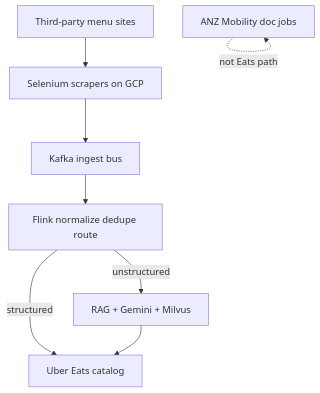
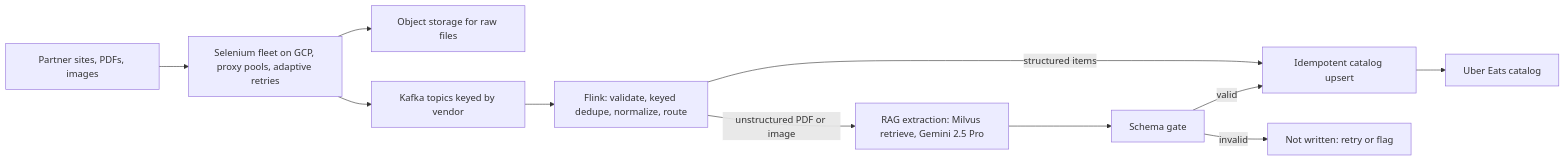
The first of 2 diagrams in final_pygo_ai/campaign_extras/interview_prep/architecture/03_uber_menu.md (TM-DEV-PRO/final-resume), drawn with Mermaid before and after one commit. The commit also changed other lines of this file and 617 other files, not shown here.

````diff
--- a/final_pygo_ai/campaign_extras/interview_prep/architecture/03_uber_menu.md
+++ b/final_pygo_ai/campaign_extras/interview_prep/architecture/03_uber_menu.md
@@ -63,15 +52,24 @@
 ```mermaid
-flowchart TB
-  SRC[Third-party menu sites]
-  SEL[Selenium scrapers on GCP]
-  KF[Kafka ingest bus]
-  FL[Flink normalize dedupe route]
-  RAG[RAG + Gemini + Milvus]
-  CAT[Uber Eats catalog]
-  ANZ[ANZ Mobility doc jobs]
+flowchart LR
+  SRC["Partner sites, PDFs, images"]
+  SEL["Selenium fleet on GCP, proxy pools, adaptive retries"]
+  RAW["Object storage for raw files"]
+  KF["Kafka topics keyed by vendor"]
+  FL["Flink: validate, keyed dedupe, normalize, route"]
+  RAG["RAG extraction: Milvus retrieve, Gemini 2.5 Pro"]
+  GATE["Schema gate"]
+  UP["Idempotent catalog upsert"]
+  CAT["Uber Eats catalog"]
+  BAD["Not written: retry or flag"]
 
-  SRC --> SEL --> KF --> FL
-  FL -->|structured| CAT
-  FL -->|unstructured| RAG --> CAT
-  ANZ -.->|not Eats path| ANZ
+  SRC --> SEL
+  SEL --> RAW
+  SEL --> KF
+  KF --> FL
+  FL -->|"structured items"| UP
+  FL -->|"unstructured PDF or image"| RAG
+  RAG --> GATE
+  GATE -->|"valid"| UP
+  GATE -->|"invalid"| BAD
+  UP --> CAT
 ```
````
